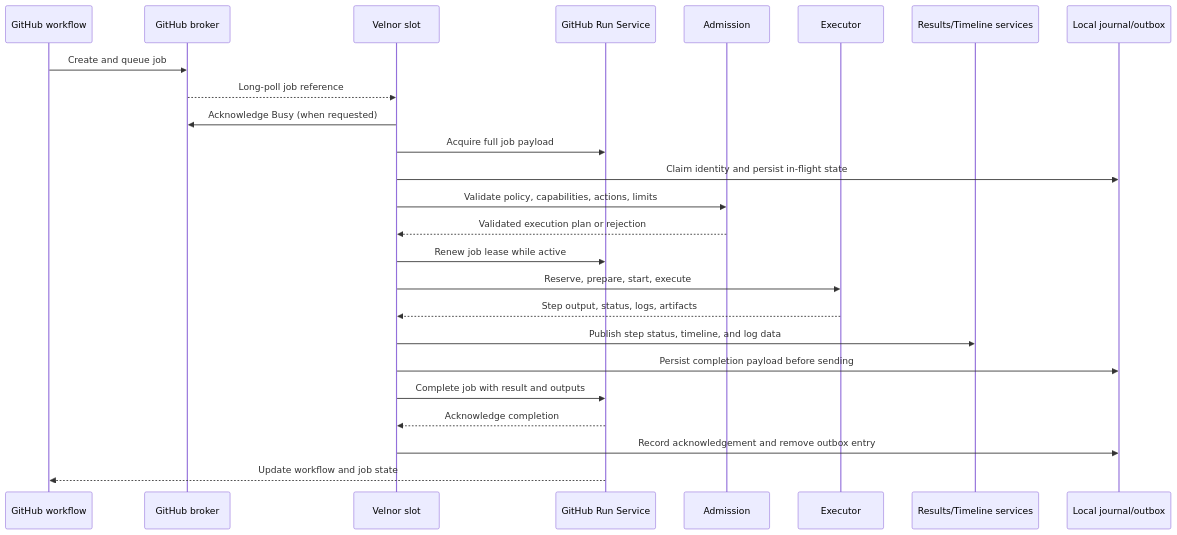
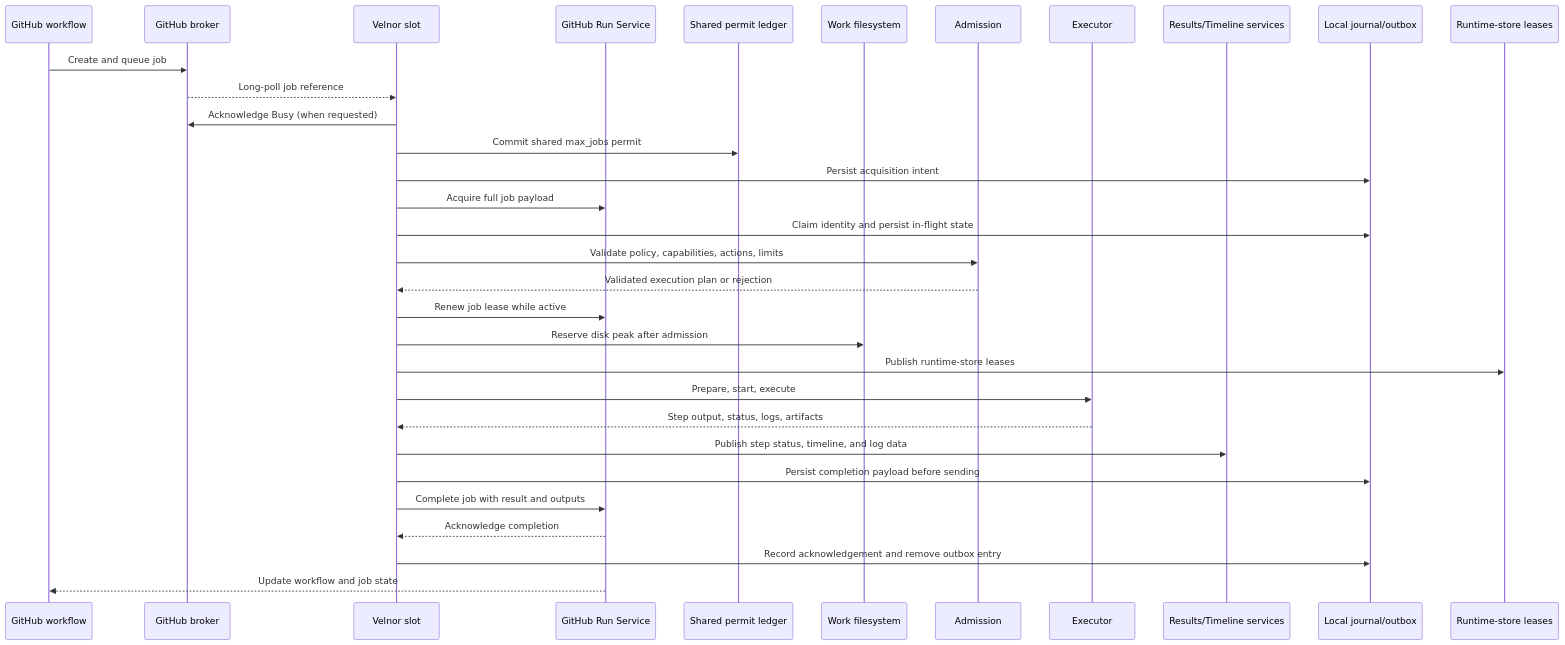
Before and after one commit to tailrocks/velnor: the second of 2 diagrams in content/docs/concepts/architecture.mdx, drawn with Mermaid. The commit also changed other lines of this file and 93 other files, not shown here.

````diff
--- a/content/docs/concepts/architecture.mdx
+++ b/content/docs/concepts/architecture.mdx
@@ -94,28 +95,35 @@
 ```mermaid
 sequenceDiagram
     participant W as GitHub workflow
     participant G as GitHub broker
     participant V as Velnor slot
     participant R as GitHub Run Service
+    participant C as Shared permit ledger
+    participant F as Work filesystem
     participant A as Admission
     participant E as Executor
     participant P as Results/Timeline services
     participant L as Local journal/outbox
+    participant S as Runtime-store leases
 
     W->>G: Create and queue job
     G-->>V: Long-poll job reference
     V->>G: Acknowledge Busy (when requested)
+    V->>C: Commit shared max_jobs permit
+    V->>L: Persist acquisition intent
     V->>R: Acquire full job payload
     V->>L: Claim identity and persist in-flight state
     V->>A: Validate policy, capabilities, actions, limits
     A-->>V: Validated execution plan or rejection
     V->>R: Renew job lease while active
-    V->>E: Reserve, prepare, start, execute
+    V->>F: Reserve disk peak after admission
+    V->>S: Publish runtime-store leases
+    V->>E: Prepare, start, execute
     E-->>V: Step output, status, logs, artifacts
     V->>P: Publish step status, timeline, and log data
     V->>L: Persist completion payload before sending
     V->>R: Complete job with result and outputs
     R-->>V: Acknowledge completion
     V->>L: Record acknowledgement and remove outbox entry
     R-->>W: Update workflow and job state
 ```
````
